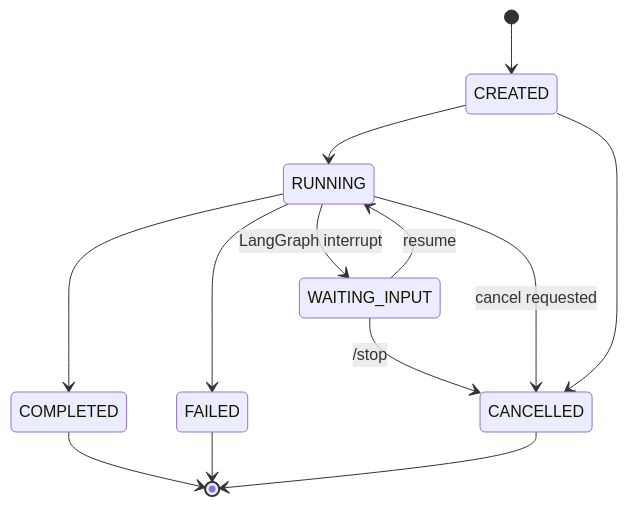
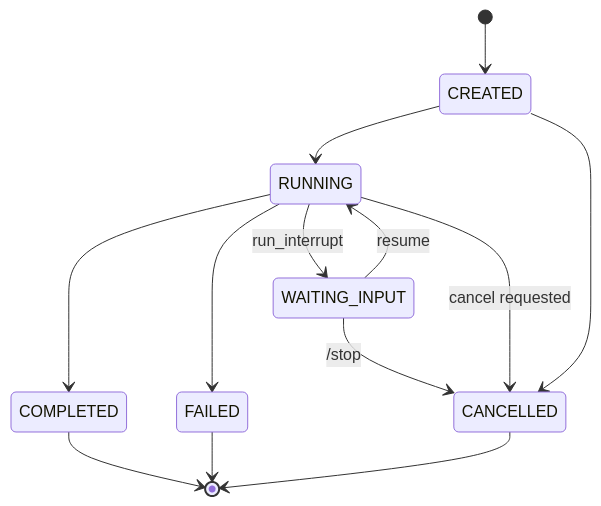
The second of 3 diagrams in docs/02-核心领域与数据库详细设计.md (Michaelxwb/fluxion-harness), drawn with Mermaid before and after one commit. The commit also changed other lines of this file and 14 other files, not shown here.

````diff
--- a/docs/02-核心领域与数据库详细设计.md
+++ b/docs/02-核心领域与数据库详细设计.md
@@ -1420,15 +1419,15 @@
 ```mermaid
 stateDiagram-v2
     [*] --> CREATED
     CREATED --> RUNNING
-    RUNNING --> WAITING_INPUT: LangGraph interrupt
+    RUNNING --> WAITING_INPUT: run_interrupt
     WAITING_INPUT --> RUNNING: resume
     WAITING_INPUT --> CANCELLED: /stop
     RUNNING --> COMPLETED
     RUNNING --> FAILED
     RUNNING --> CANCELLED: cancel requested
     CREATED --> CANCELLED
     COMPLETED --> [*]
     FAILED --> [*]
     CANCELLED --> [*]
 ```
````
